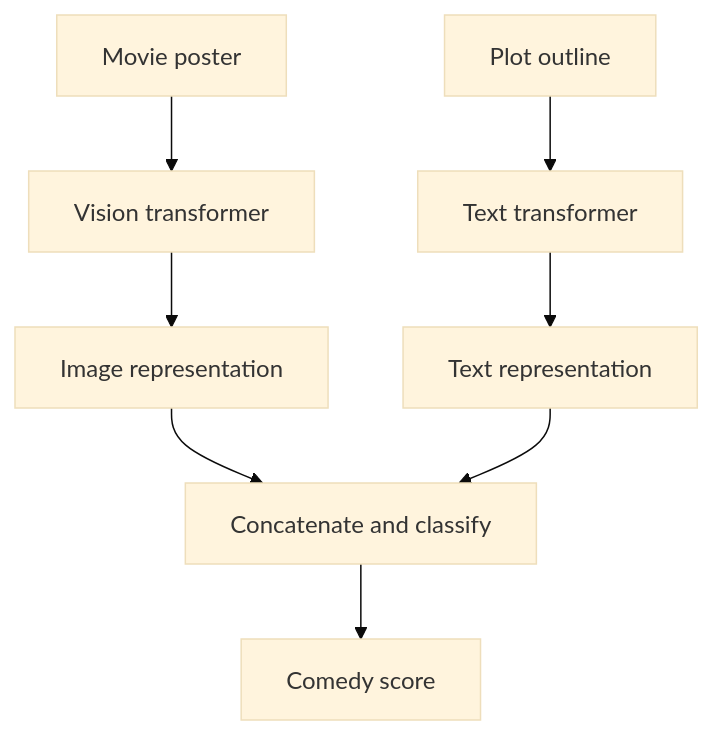
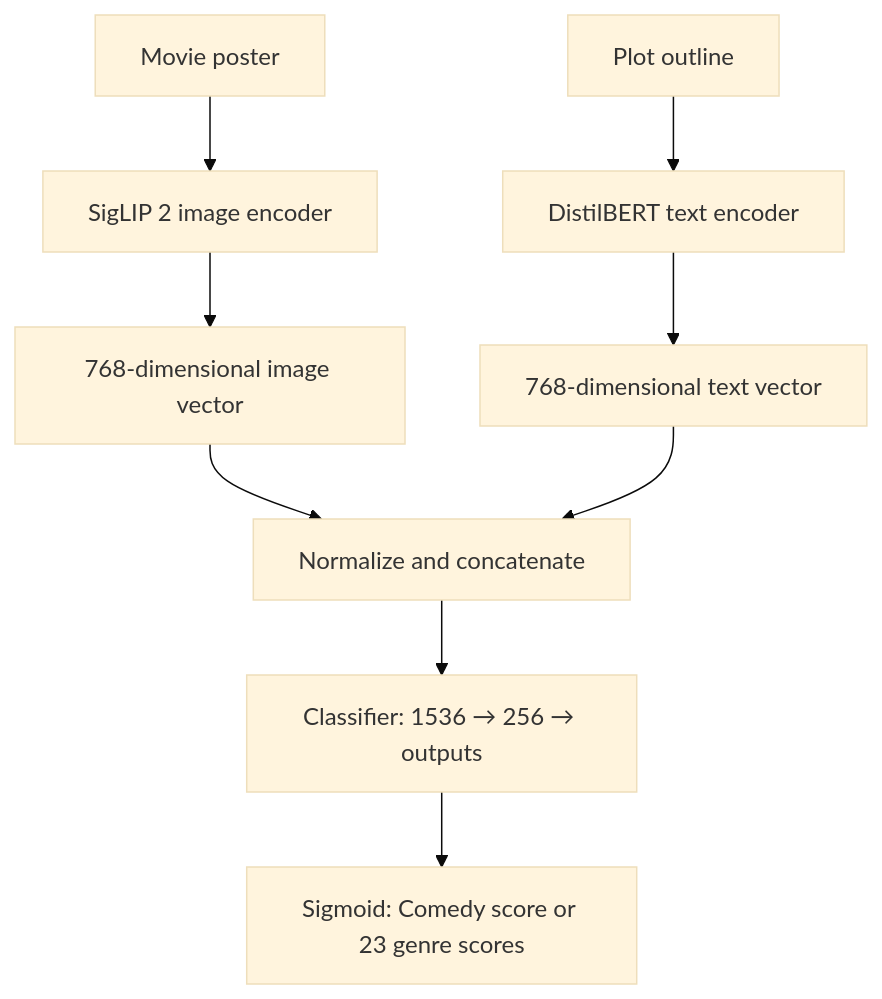
One commit to alvinn6o/Movie-Transformer-Classification changed the diagram in README.md. Above: the diagram before and after it, drawn with Mermaid (base theme). The commit also changed other lines of this file and 2 other files, not shown here.

````diff
--- a/README.md
+++ b/README.md
@@ -228,10 +11,11 @@
-~~~mermaid
+```mermaid
 flowchart TD
-    P["Movie poster"] --> V["Vision transformer"]
-    T["Plot outline"] --> B["Text transformer"]
-    V --> I["Image representation"]
-    B --> X["Text representation"]
-    I --> F["Concatenate and classify"]
+    P["Movie poster"] --> V["SigLIP 2 image encoder"]
+    T["Plot outline"] --> B["DistilBERT text encoder"]
+    V --> I["768-dimensional image vector"]
+    B --> X["768-dimensional text vector"]
+    I --> F["Normalize and concatenate"]
     X --> F
-    F --> S["Comedy score"]
-~~~
+    F --> H["Classifier: 1536 → 256 → outputs"]
+    H --> S["Sigmoid: Comedy score or 23 genre scores"]
+```
````
